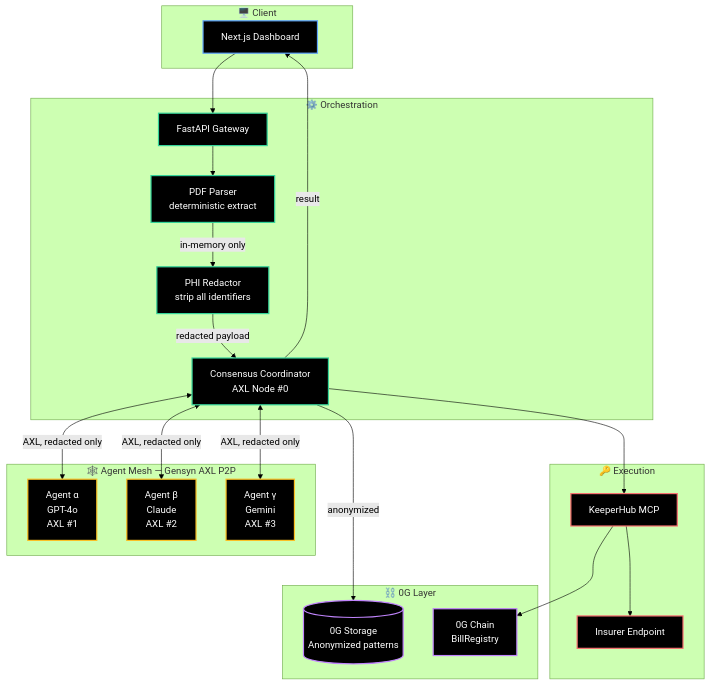
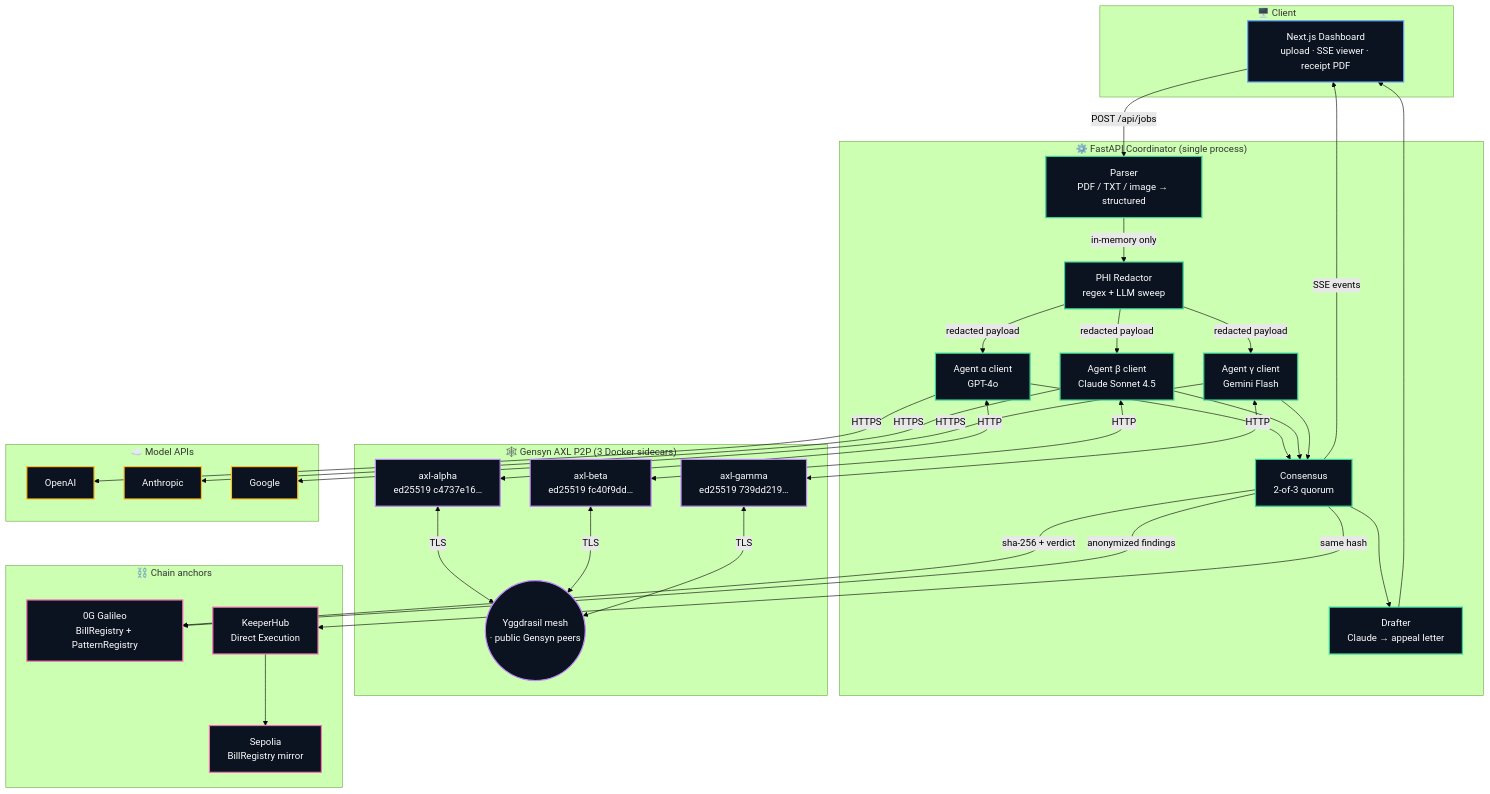
The diagram in README.md (jhatch3/lethe-), drawn with Mermaid (forest theme) before and after one commit. The commit also changed other lines of this file and 76 other files, not shown here.

````diff
--- a/README.md
+++ b/README.md
@@ -85,51 +73,72 @@
 ```mermaid
 flowchart TB
     subgraph Client["🖥️ Client"]
-        UI[Next.js Dashboard]
+        UI[Next.js Dashboard<br/>upload · SSE viewer · receipt PDF]
     end
 
-    subgraph Orchestration["⚙️ Orchestration"]
-        API[FastAPI Gateway]
-        Parser[PDF Parser<br/>deterministic extract]
-        Redactor[PHI Redactor<br/>strip all identifiers]
-        Coordinator[Consensus Coordinator<br/>AXL Node #0]
+    subgraph Coordinator["⚙️ FastAPI Coordinator (single process)"]
+        Parse[Parser<br/>PDF / TXT / image → structured]
+        Redact[PHI Redactor<br/>regex + LLM sweep]
+        AlphaC[Agent α client<br/>GPT-4o]
+        BetaC[Agent β client<br/>Claude Sonnet 4.5]
+        GammaC[Agent γ client<br/>Gemini Flash]
+        Tally[Consensus<br/>2-of-3 quorum]
+        Drafter[Drafter<br/>Claude → appeal letter]
     end
 
-    subgraph AgentMesh["🕸️ Agent Mesh — Gensyn AXL P2P"]
-        A1[Agent α<br/>GPT-4o<br/>AXL #1]
-        A2[Agent β<br/>Claude<br/>AXL #2]
-        A3[Agent γ<br/>Gemini<br/>AXL #3]
+    subgraph AXL["🕸️ Gensyn AXL P2P (3 Docker sidecars)"]
+        S1[axl-alpha<br/>ed25519 c4737e16…]
+        S2[axl-beta<br/>ed25519 fc40f9dd…]
+        S3[axl-gamma<br/>ed25519 739dd219…]
+        Mesh((Yggdrasil mesh<br/>· public Gensyn peers))
     end
 
-    subgraph ZeroG["⛓️ 0G Layer"]
-        ZGStorage[(0G Storage<br/>Anonymized patterns)]
-        ZGChain[0G Chain<br/>BillRegistry]
+    subgraph LLMs["☁️ Model APIs"]
+        OAI[OpenAI]
+        ANT[Anthropic]
+        GOO[Google]
     end
 
-    subgraph Execution["🔑 Execution"]
-        KH[KeeperHub MCP]
-        Insurer[Insurer Endpoint]
+    subgraph Chain["⛓️ Chain anchors"]
+        ZG[0G Galileo<br/>BillRegistry + PatternRegistry]
+        KH[KeeperHub<br/>Direct Execution]
+        Sep[Sepolia<br/>BillRegistry mirror]
     end
 
-    UI --> API --> Parser
-    Parser -->|in-memory only| Redactor
-    Redactor -->|redacted payload| Coordinator
-    Coordinator <-->|AXL, redacted only| A1 & A2 & A3
-    Coordinator -->|anonymized| ZGStorage
-    Coordinator --> KH
-    KH --> ZGChain
-    KH --> Insurer
-    Coordinator -->|result| UI
+    UI -->|POST /api/jobs| Parse
+    Parse -->|in-memory only| Redact
+    Redact -->|redacted payload| AlphaC & BetaC & GammaC
 
-    classDef client    fill:#000,stroke:#60a5fa,stroke-width:2px,color:#fff
-    classDef orch      fill:#000,stroke:#34d399,stroke-width:2px,color:#fff
-    classDef agent     fill:#000,stroke:#fbbf24,stroke-width:2px,color:#fff
-    classDef chain     fill:#000,stroke:#c084fc,stroke-width:2px,color:#fff
-    classDef exec      fill:#000,stroke:#f87171,stroke-width:2px,color:#fff
+    AlphaC <-->|HTTP| S1
+    BetaC <-->|HTTP| S2
+    GammaC <-->|HTTP| S3
+    S1 <-->|TLS| Mesh
+    S2 <-->|TLS| Mesh
+    S3 <-->|TLS| Mesh
+
+    AlphaC -->|HTTPS| OAI
+    BetaC -->|HTTPS| ANT
+    GammaC -->|HTTPS| GOO
+
+    AlphaC & BetaC & GammaC --> Tally
+    Tally --> Drafter
+    Tally -->|sha-256 + verdict| ZG
+    Tally -->|same hash| KH
+    KH --> Sep
+    Tally -->|anonymized findings| ZG
+
+    Drafter --> UI
+    Tally -->|SSE events| UI
+
+    classDef client    fill:#0b1220,stroke:#60a5fa,stroke-width:2px,color:#fff
+    classDef orch      fill:#0b1220,stroke:#34d399,stroke-width:2px,color:#fff
+    classDef axl       fill:#0b1220,stroke:#c084fc,stroke-width:2px,color:#fff
+    classDef llm       fill:#0b1220,stroke:#fbbf24,stroke-width:2px,color:#fff
+    classDef chain     fill:#0b1220,stroke:#f472b6,stroke-width:2px,color:#fff
 
     class UI client
-    class API,Parser,Redactor,Coordinator orch
-    class A1,A2,A3 agent
-    class ZGStorage,ZGChain chain
-    class KH,Insurer exec
+    class Parse,Redact,AlphaC,BetaC,GammaC,Tally,Drafter orch
+    class S1,S2,S3,Mesh axl
+    class OAI,ANT,GOO llm
+    class ZG,KH,Sep chain
 ```
````
